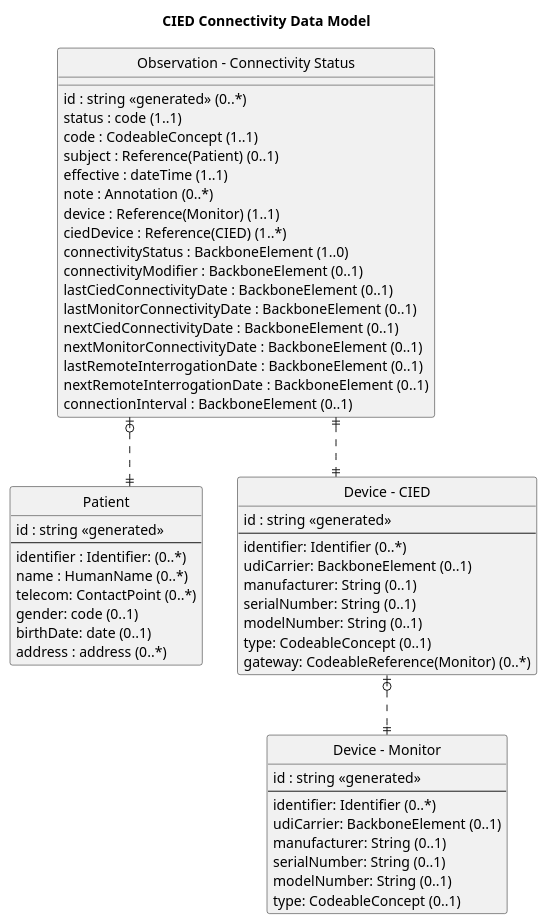
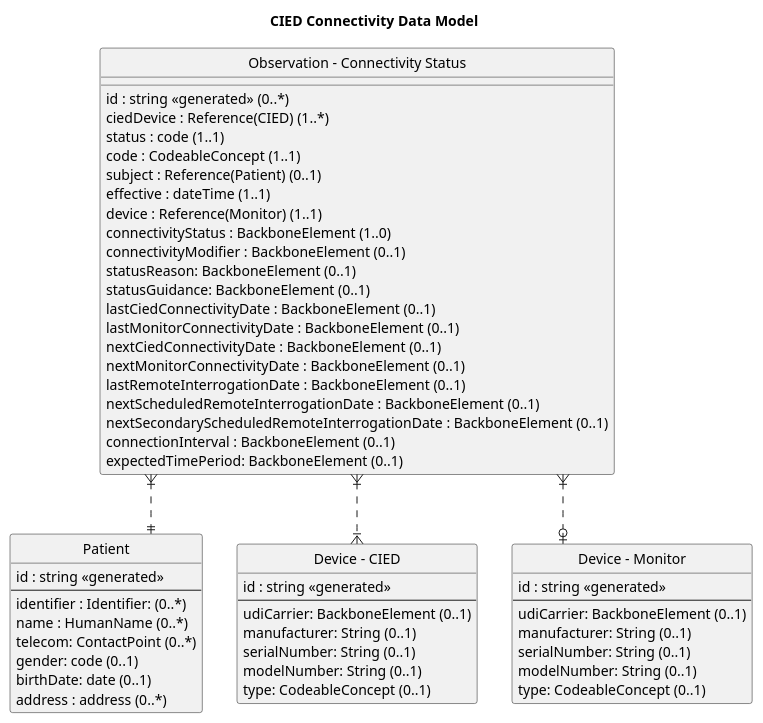
The diagram in input/images-source/data-model1.plantuml (HL7/CardX-CIED), drawn with PlantUML before and after one commit. The commit also changed 18 other files, not shown here.

Commit message:
updates to all profiles, cap statement, diagrams

```diff
--- a/input/images-source/data-model1.plantuml
+++ b/input/images-source/data-model1.plantuml
@@ -1,96 +1,76 @@
 @startuml
 title CIED Connectivity Data Model
 
 hide circle
 
 skinparam linetype ortho
 
 entity "Patient" as Patient {
   id : string <<generated>>
   --
   identifier : Identifier: (0..*)
   name : HumanName (0..*)
   telecom: ContactPoint (0..*)
   gender: code (0..1)
   birthDate: date (0..1)
   address : address (0..*)   
 }
 
 entity "Device - CIED" as cied {
   id : string <<generated>>
   --
-  identifier: Identifier (0..*)
   udiCarrier: BackboneElement (0..1)
   manufacturer: String (0..1)
   serialNumber: String (0..1)
   modelNumber: String (0..1)
   type: CodeableConcept (0..1)
-  gateway: CodeableReference(Monitor) (0..*)
 }
 
 entity "Device - Monitor" as monitor {
   id : string <<generated>>
   --
-  identifier: Identifier (0..*)
   udiCarrier: BackboneElement (0..1)
   manufacturer: String (0..1)
   serialNumber: String (0..1)
   modelNumber: String (0..1)
   type: CodeableConcept (0..1)
 }
 /' - 3/19/25 remove encounter and device association from connectivity use case
 entity "DeviceAssociation" as devassoc {
     id: id <<1..1>>
     --
     identifier: Identifier (0..*)
     device: Reference(Device) (1..1)
     status: CodeableConcept (1..1)
     subject: Reference(Patient) (0..1)   
 }
 '/
 
 entity "Observation - Connectivity Status" as Connectivity {
     id : string <<generated>> (0..*)
+    ciedDevice : Reference(CIED) (1..*)
     status : code (1..1)
     code : CodeableConcept (1..1)
     subject : Reference(Patient) (0..1)
     effective : dateTime (1..1)
-    note : Annotation (0..*)
     device : Reference(Monitor) (1..1)
-    ciedDevice : Reference(CIED) (1..*)
     connectivityStatus : BackboneElement (1..0)
     connectivityModifier : BackboneElement (0..1)
+    statusReason: BackboneElement (0..1)
+    statusGuidance: BackboneElement (0..1)
     lastCiedConnectivityDate : BackboneElement (0..1)
     lastMonitorConnectivityDate : BackboneElement (0..1)
     nextCiedConnectivityDate : BackboneElement (0..1)
     nextMonitorConnectivityDate : BackboneElement (0..1)
     lastRemoteInterrogationDate : BackboneElement (0..1)
-    nextRemoteInterrogationDate : BackboneElement (0..1)
+    nextScheduledRemoteInterrogationDate : BackboneElement (0..1)
+    nextSecondaryScheduledRemoteInterrogationDate : BackboneElement (0..1)
     connectionInterval : BackboneElement (0..1)
+    expectedTimePeriod: BackboneElement (0..1)
 }
-/' - 3/19/25 remove encounter and device association from connectivity use case
-entity "Encounter" as Encounter {
-  *id : string <<generated>>
-  --
-  identifier : Identifier: (1..*)
-  status : Code (1..1)
-  type: CodeableConcept (1..*)
-  subject: Reference(Patient) (1..1) 
-  participant: Reference(Device) (1..*)
-  actualPeriod: Period (0..1)
-  plannedStartDate (0..1)
-}
-'/
 
-Connectivity |o..|| Patient
-Connectivity ||..|| cied
-cied |o..|| monitor
-/' - 3/19/25 remove encounter and device association from connectivity
-devassoc ||..|| cied
-devassoc ||..o| Patient
-devassoc ||..o| monitor
-Encounter ||..|| Patient
-Encounter ||..|| cied
-Encounter ||..|| monitor
-'/
+Connectivity }|..|| Patient
+Connectivity }|..|{ cied
+Connectivity }|..o| monitor
+
 @enduml
```
